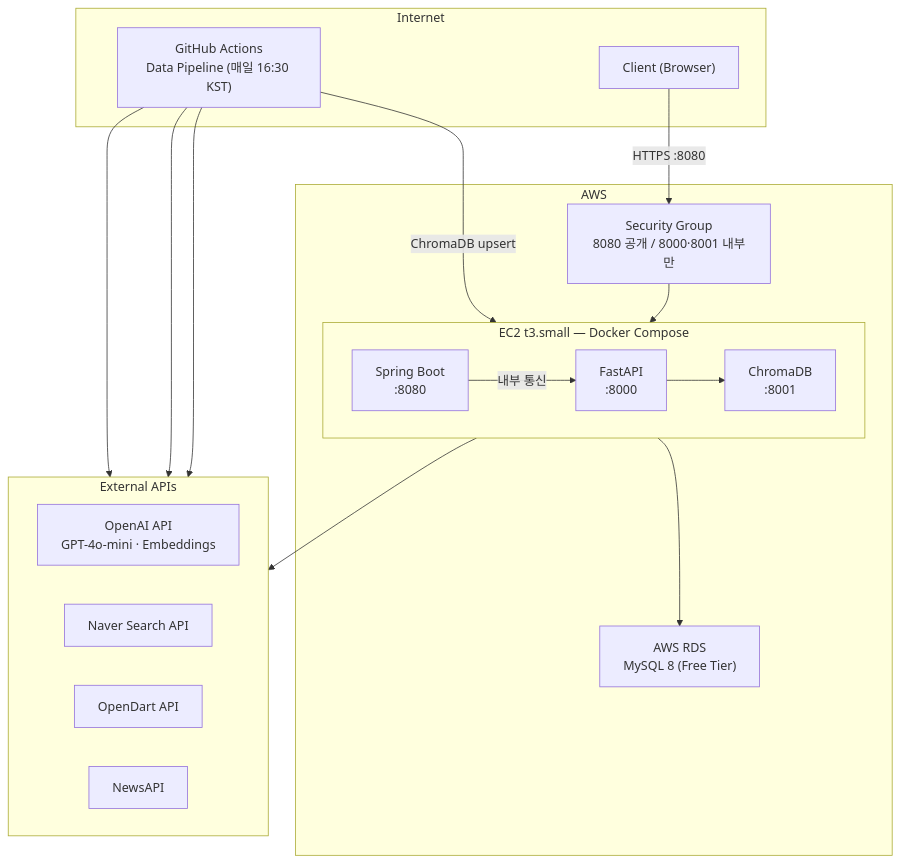
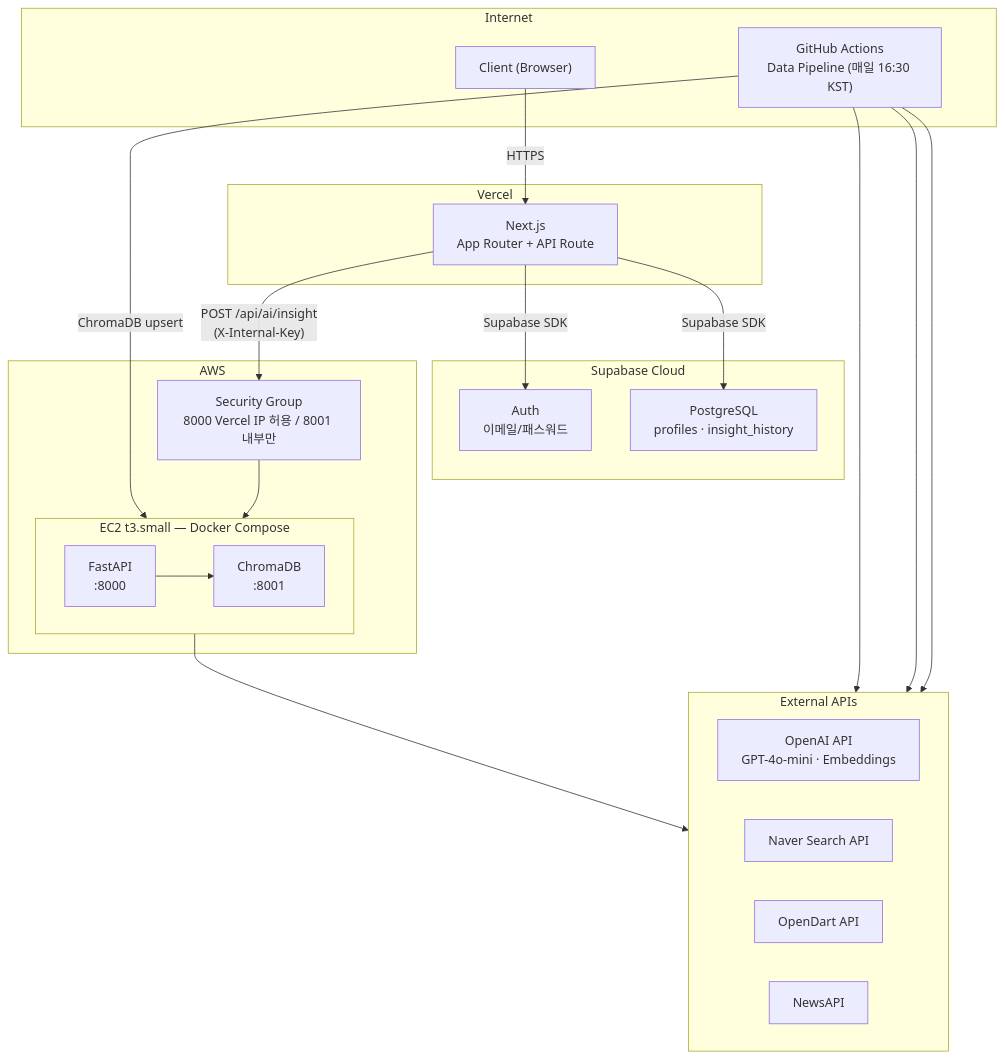
Before and after one commit to sammy0329/finsight-ai-agent: the first of 4 diagrams in docs/DEPLOYMENT.md, drawn with Mermaid. The commit also changed other lines of this file and 4 other files, not shown here.

First line of the commit message:
docs: Spring Boot → Next.js + Supabase 아키텍처 전환 반영

````diff
--- a/docs/DEPLOYMENT.md
+++ b/docs/DEPLOYMENT.md
@@ -22,36 +22,43 @@
 ```mermaid
 flowchart TD
     subgraph Internet["Internet"]
         Client["Client (Browser)"]
         GHA["GitHub Actions\nData Pipeline (매일 16:30 KST)"]
     end
 
+    subgraph Vercel["Vercel"]
+        NX["Next.js\nApp Router + API Route"]
+    end
+
+    subgraph Supabase["Supabase Cloud"]
+        SA["Auth\n이메일/패스워드"]
+        SDB["PostgreSQL\nprofiles · insight_history"]
+    end
+
     subgraph AWS["AWS"]
         subgraph EC2["EC2 t3.small — Docker Compose"]
             direction LR
-            SB["Spring Boot\n:8080"]
             FA["FastAPI\n:8000"]
             Chroma["ChromaDB\n:8001"]
         end
-
-        RDS["AWS RDS\nMySQL 8 (Free Tier)"]
-        SG["Security Group\n8080 공개 / 8000·8001 내부만"]
+        SG["Security Group\n8000 Vercel IP 허용 / 8001 내부만"]
     end
 
     subgraph ExternalAPIs["External APIs"]
         direction LR
         OpenAI["OpenAI API\nGPT-4o-mini · Embeddings"]
         NaverAPI["Naver Search API"]
         DartAPI["OpenDart API"]
         NewsAPI["NewsAPI"]
     end
 
-    Client -->|"HTTPS :8080"| SG
-    SG --> SB
-    SB -->|"내부 통신"| FA
+    Client -->|"HTTPS"| NX
+    NX -->|"Supabase SDK"| SA
+    NX -->|"Supabase SDK"| SDB
+    NX -->|"POST /api/ai/insight\n(X-Internal-Key)"| SG
+    SG --> FA
     FA --> Chroma
-    SB --> RDS
     GHA -->|"ChromaDB upsert"| Chroma
     GHA --> NaverAPI & DartAPI & NewsAPI
     FA --> OpenAI
 ```
````
